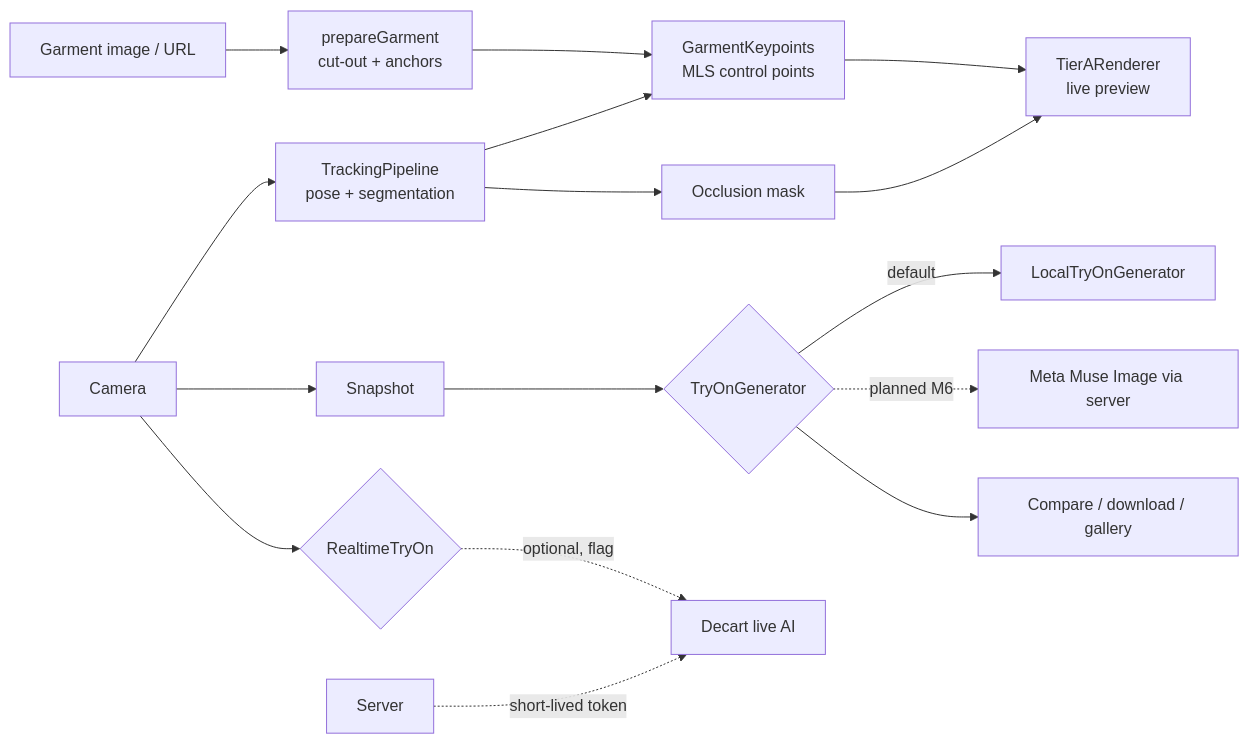
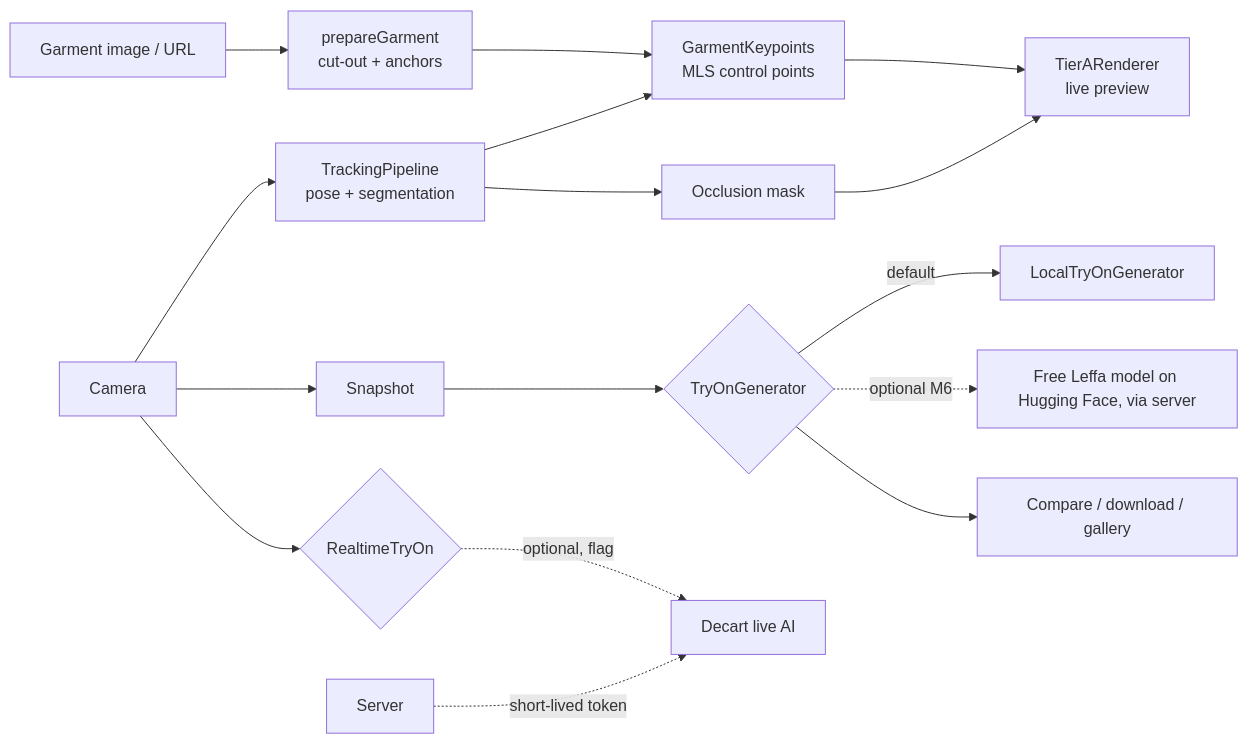
One commit to Shah-0-7/Temp-Meta changed the diagram in README.md. Above: the diagram before and after it, drawn with Mermaid. The commit also changed other lines of this file and 19 other files, not shown here.

First line of the commit message:
feat(m6): free AI try-on via Leffa on Hugging Face, with consent and on-device fallback

````diff
--- a/README.md
+++ b/README.md
@@ -40,18 +40,18 @@
 ```mermaid
 flowchart LR
   Cam[Camera] --> Pipe[TrackingPipeline<br/>pose + segmentation]
   Pipe --> Fit[GarmentKeypoints<br/>MLS control points]
   Garm[Garment image / URL] --> Prep[prepareGarment<br/>cut-out + anchors]
   Prep --> Fit
   Fit --> A[TierARenderer<br/>live preview]
   Pipe --> Occ[Occlusion mask]
   Occ --> A
   Cam --> Snap[Snapshot]
   Snap --> Gen{TryOnGenerator}
   Gen -->|default| Local[LocalTryOnGenerator]
-  Gen -.->|planned M6| Meta[Meta Muse Image via server]
+  Gen -.->|optional M6| Free[Free Leffa model on Hugging Face, via server]
   Gen --> Out[Compare / download / gallery]
   Cam --> RT{RealtimeTryOn}
   RT -.->|optional, flag| Decart[Decart live AI]
   Srv[Server] -.->|short-lived token| Decart
 ```
````
